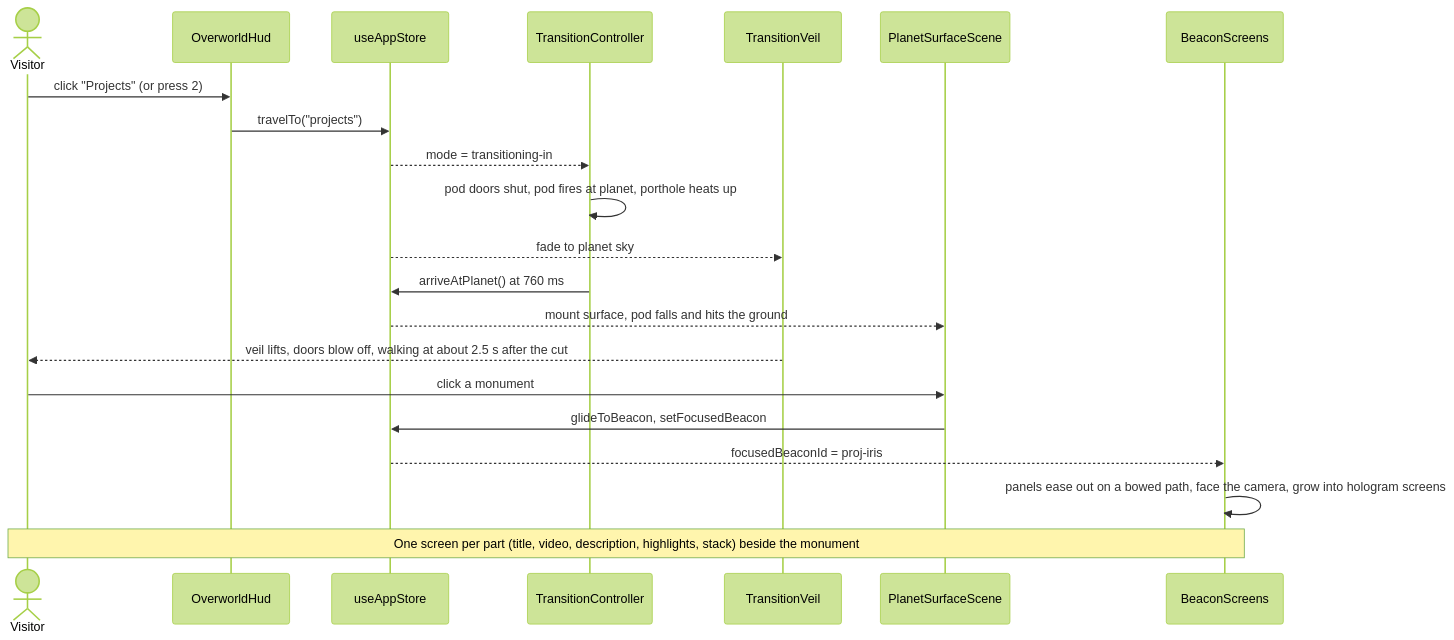
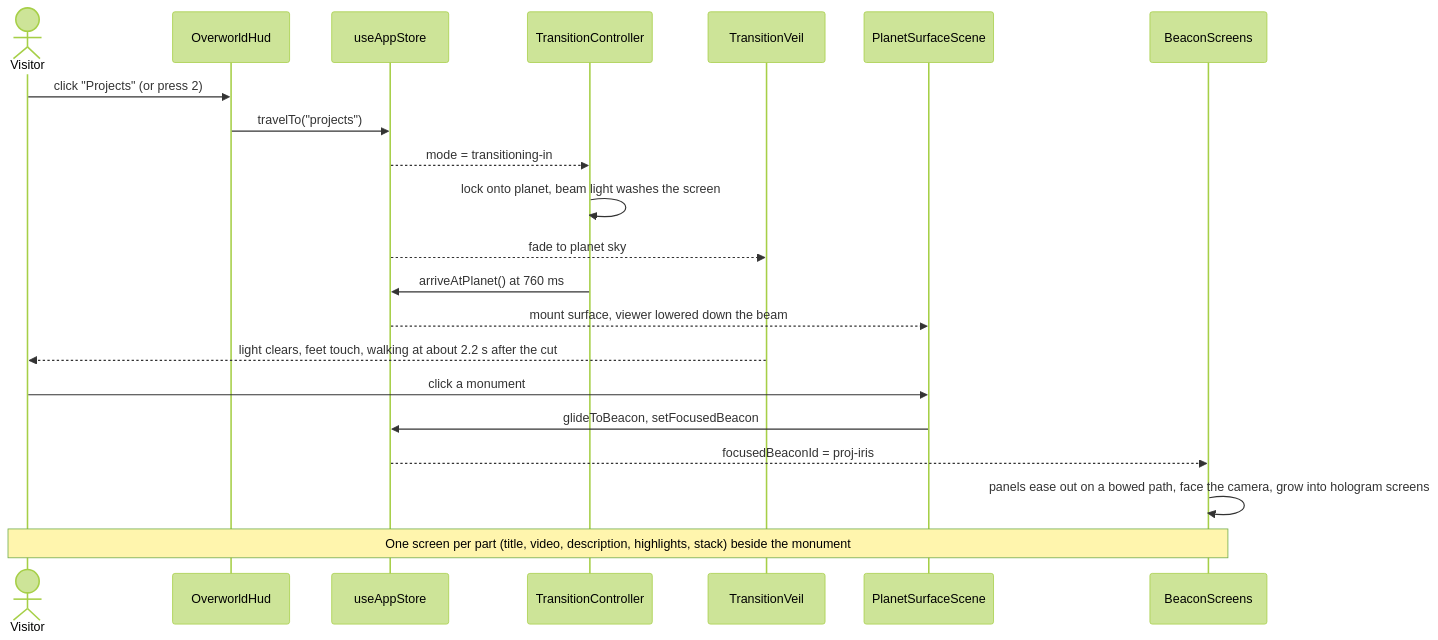
Before and after one commit to teddycitrus/portfolio: the second of 2 diagrams in README.md, drawn with Mermaid (forest theme). The commit also changed other lines of this file and 10 other files, not shown here.

Commit message:
redid planet arrival as tractor beam down, removed drop pod

````diff
--- a/README.md
+++ b/README.md
@@ -74,23 +74,23 @@
 ```mermaid
 sequenceDiagram
   actor V as Visitor
   participant H as OverworldHud
   participant S as useAppStore
   participant T as TransitionController
   participant W as TransitionVeil
   participant P as PlanetSurfaceScene
   participant B as BeaconScreens
   V->>H: click "Projects" (or press 2)
   H->>S: travelTo("projects")
   S-->>T: mode = transitioning-in
-  T->>T: pod doors shut, pod fires at planet, porthole heats up
+  T->>T: lock onto planet, beam light washes the screen
   S-->>W: fade to planet sky
   T->>S: arriveAtPlanet() at 760 ms
-  S-->>P: mount surface, pod falls and hits the ground
-  W-->>V: veil lifts, doors blow off, walking at about 2.5 s after the cut
+  S-->>P: mount surface, viewer lowered down the beam
+  W-->>V: light clears, feet touch, walking at about 2.2 s after the cut
   V->>P: click a monument
   P->>S: glideToBeacon, setFocusedBeacon
   S-->>B: focusedBeaconId = proj-iris
   B->>B: panels ease out on a bowed path, face the camera, grow into hologram screens
   Note over V,B: One screen per part (title, video, description, highlights, stack) beside the monument
 ```
````
